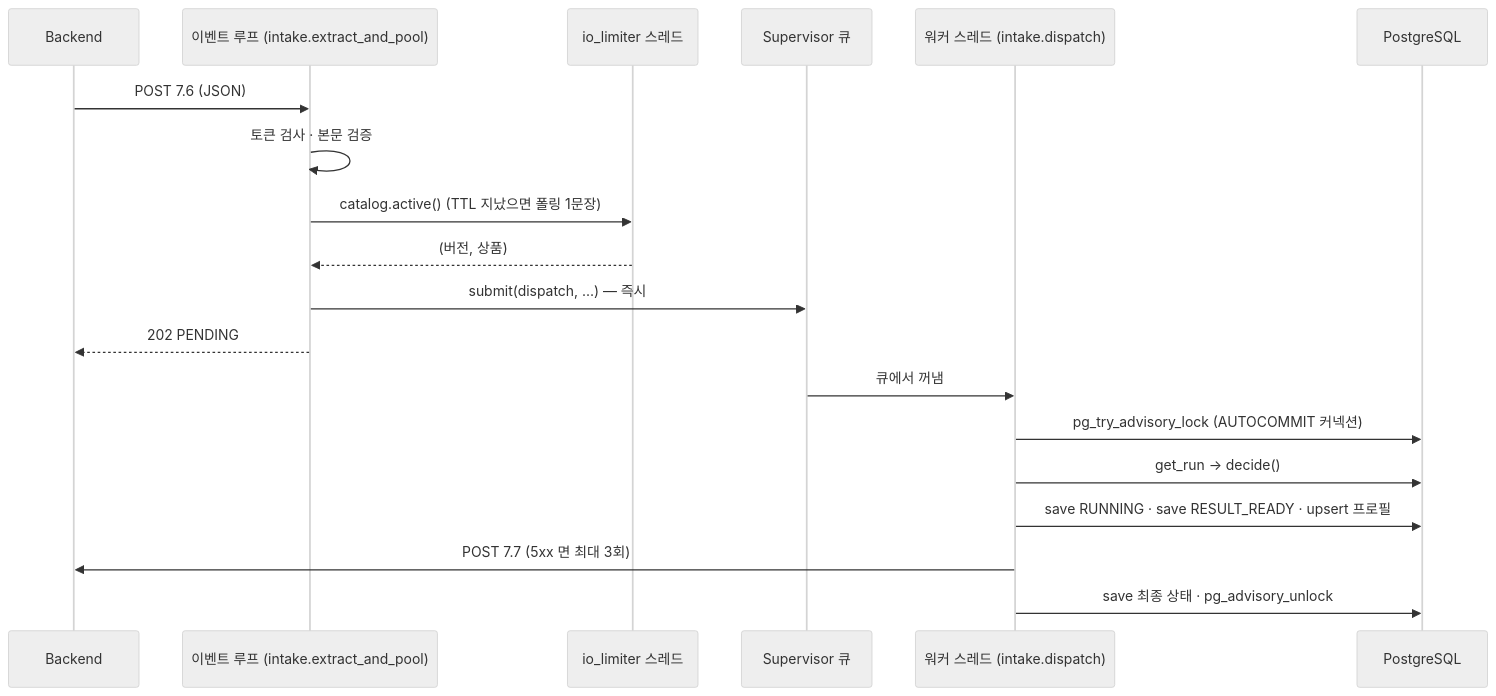
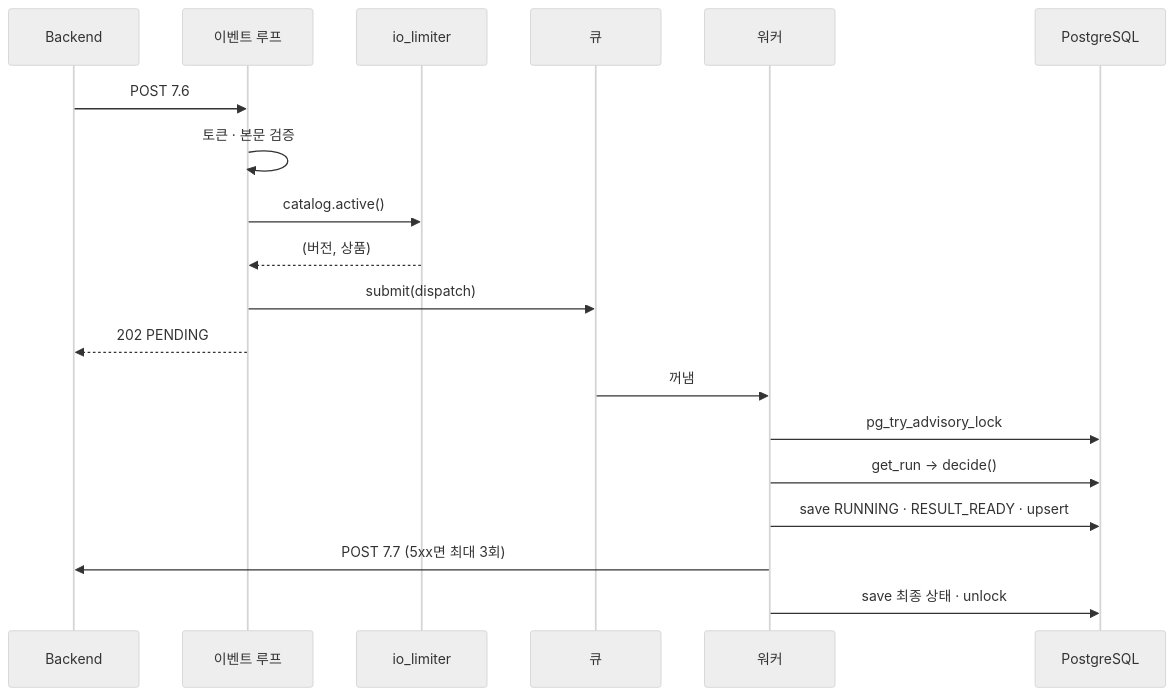
Before and after one commit to 100-hours-a-week/KTB4-12th-AI: the third of 3 diagrams in profiling/docs/학습_가이드/02_아키텍처.md, drawn with Mermaid (neutral theme). The commit also changed other lines of this file and 70 other files, not shown here.

````diff
--- a/profiling/docs/학습_가이드/02_아키텍처.md
+++ b/profiling/docs/학습_가이드/02_아키텍처.md
@@ -219,21 +219,21 @@
 ```mermaid
 sequenceDiagram
   participant BE as Backend
-  participant L as 이벤트 루프 (intake.extract_and_pool)
-  participant IO as io_limiter 스레드
-  participant Q as Supervisor 큐
-  participant W as 워커 스레드 (intake.dispatch)
+  participant L as 이벤트 루프
+  participant IO as io_limiter
+  participant Q as 큐
+  participant W as 워커
   participant DB as PostgreSQL
-  BE->>L: POST 7.6 (JSON)
-  L->>L: 토큰 검사 · 본문 검증
-  L->>IO: catalog.active() (TTL 지났으면 폴링 1문장)
+  BE->>L: POST 7.6
+  L->>L: 토큰 · 본문 검증
+  L->>IO: catalog.active()
   IO-->>L: (버전, 상품)
-  L->>Q: submit(dispatch, …) — 즉시
+  L->>Q: submit(dispatch)
   L-->>BE: 202 PENDING
-  Q->>W: 큐에서 꺼냄
-  W->>DB: pg_try_advisory_lock (AUTOCOMMIT 커넥션)
+  Q->>W: 꺼냄
+  W->>DB: pg_try_advisory_lock
   W->>DB: get_run → decide()
-  W->>DB: save RUNNING · save RESULT_READY · upsert 프로필
-  W->>BE: POST 7.7 (5xx 면 최대 3회)
-  W->>DB: save 최종 상태 · pg_advisory_unlock
+  W->>DB: save RUNNING · RESULT_READY · upsert
+  W->>BE: POST 7.7 (5xx면 최대 3회)
+  W->>DB: save 최종 상태 · unlock
 ```
````
